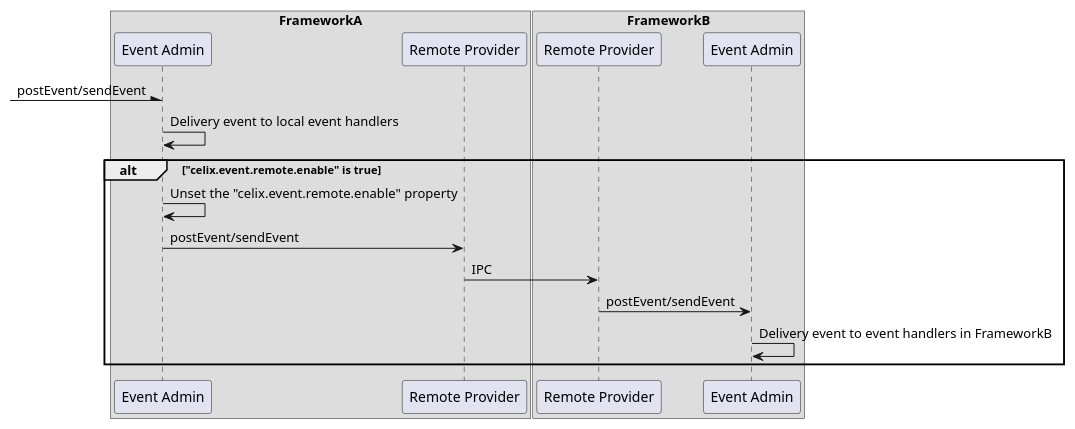
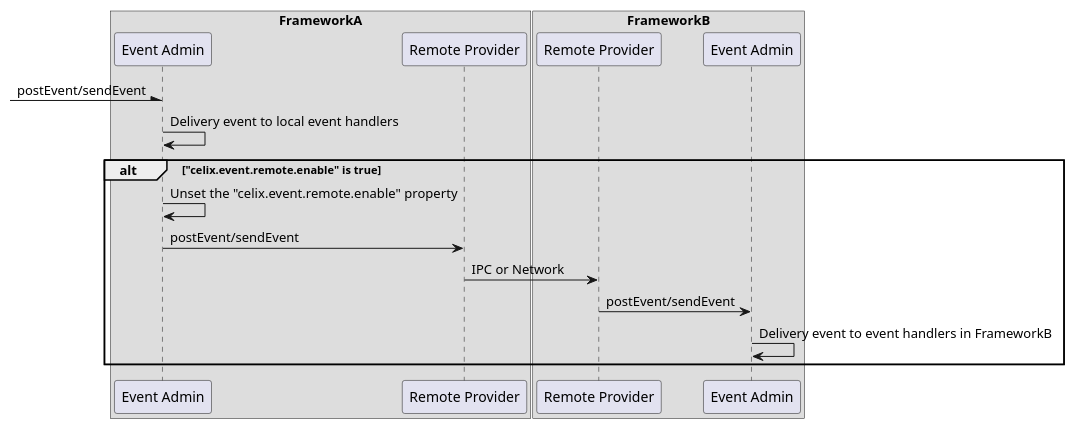
The diagram in bundles/event_admin/event_admin/diagrams/remote_event_delivery_seq.puml (apache/celix), drawn with PlantUML before and after one commit. The commit also changed 29 other files, not shown here.

```diff
--- a/bundles/event_admin/event_admin/diagrams/remote_event_delivery_seq.puml
+++ b/bundles/event_admin/event_admin/diagrams/remote_event_delivery_seq.puml
@@ -16,24 +16,24 @@
 @startuml
 'https://plantuml.com/sequence-diagram
 
 box FrameworkA
 participant "Event Admin" as EventAdmin1
 participant "Remote Provider" as RemoteProvider1
 end box
 
 box FrameworkB
 participant "Remote Provider" as RemoteProvider2
 participant "Event Admin" as EventAdmin2
 end box
 
 -\EventAdmin1:postEvent/sendEvent
 EventAdmin1->EventAdmin1:Delivery event to local event handlers
 alt "celix.event.remote.enable" is true
     EventAdmin1->EventAdmin1:Unset the "celix.event.remote.enable" property
     EventAdmin1->RemoteProvider1:postEvent/sendEvent
-    RemoteProvider1->RemoteProvider2:IPC
+    RemoteProvider1->RemoteProvider2:IPC or Network
     RemoteProvider2->EventAdmin2:postEvent/sendEvent
     EventAdmin2 -> EventAdmin2:Delivery event to event handlers in FrameworkB
 end alt
 
 @enduml
```
